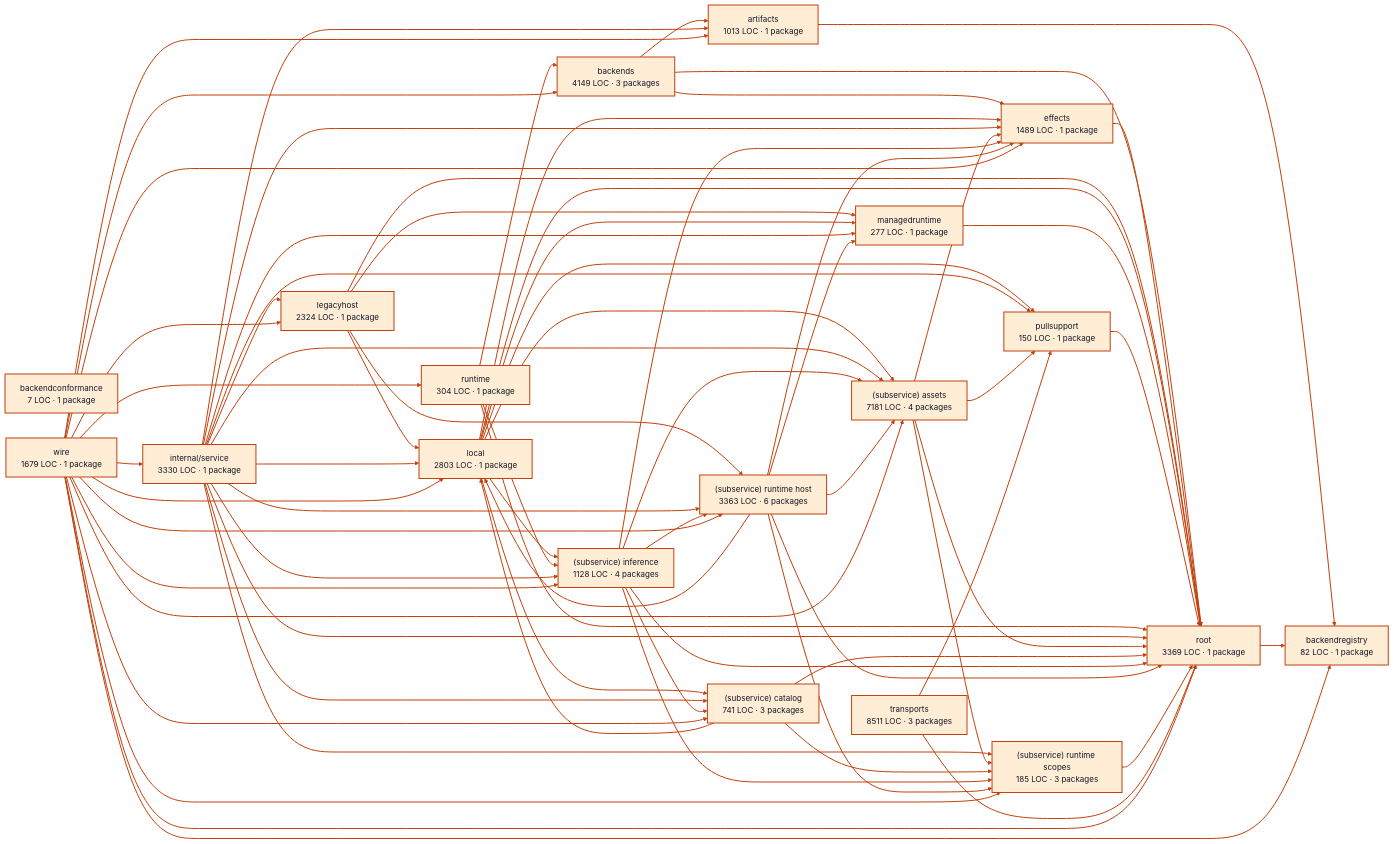
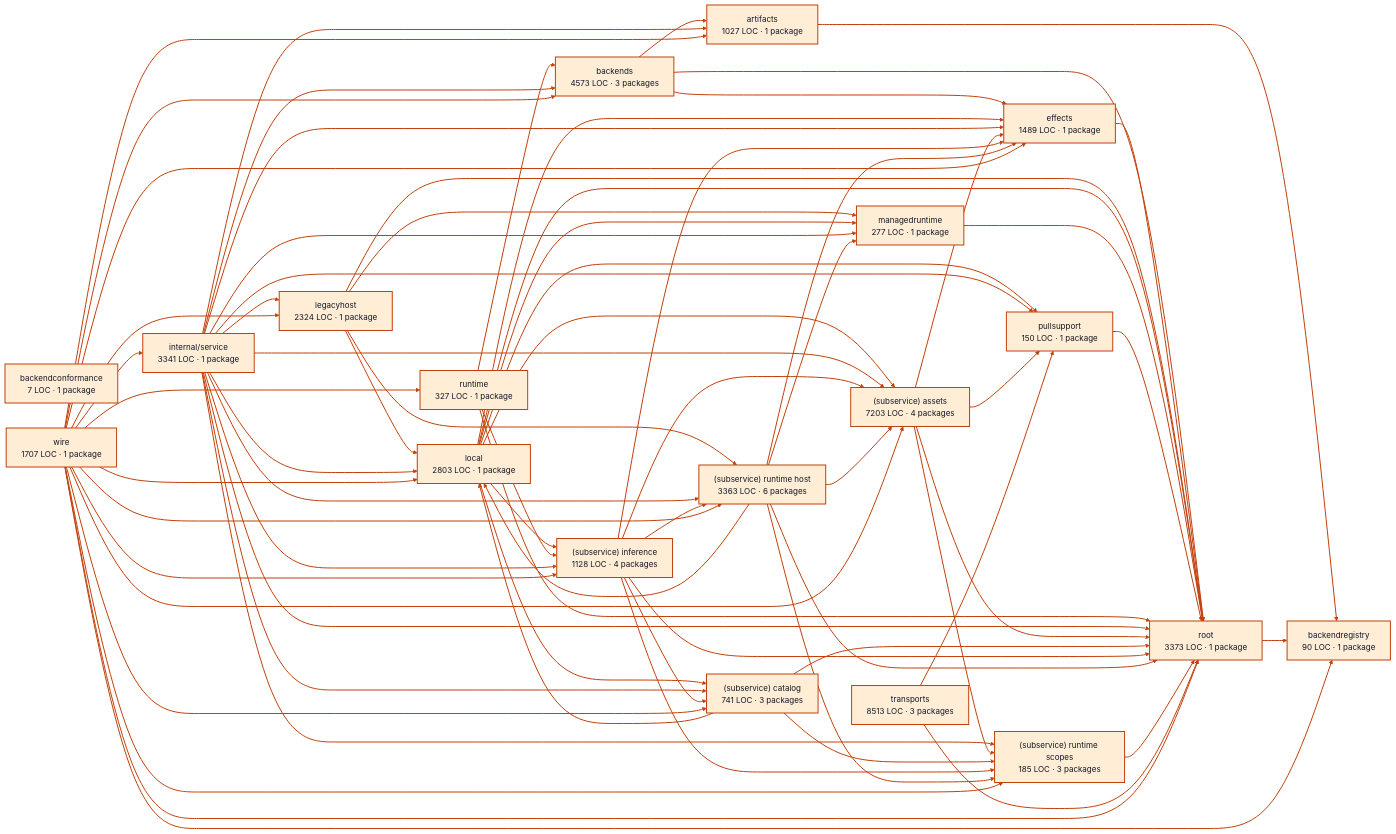
The diagram in docs/architecture/visualizations/services/models.md (portpowered/you-agent-factory), drawn with Mermaid before and after one commit. The commit also changed other lines of this file and 20 other files, not shown here.

Commit message:
docs: refresh backend architecture visualizations

````diff
--- a/docs/architecture/visualizations/services/models.md
+++ b/docs/architecture/visualizations/services/models.md
@@ -11,24 +11,24 @@
 ```mermaid
 flowchart LR
-  p0["artifacts<br/>1013 LOC · 1 package"]
+  p0["artifacts<br/>1027 LOC · 1 package"]
   p1["backendconformance<br/>7 LOC · 1 package"]
-  p2["backendregistry<br/>82 LOC · 1 package"]
-  p3["backends<br/>4149 LOC · 3 packages"]
+  p2["backendregistry<br/>90 LOC · 1 package"]
+  p3["backends<br/>4573 LOC · 3 packages"]
   p4["effects<br/>1489 LOC · 1 package"]
   p5["legacyhost<br/>2324 LOC · 1 package"]
   p6["local<br/>2803 LOC · 1 package"]
   p7["managedruntime<br/>277 LOC · 1 package"]
   p8["pullsupport<br/>150 LOC · 1 package"]
-  p9["runtime<br/>304 LOC · 1 package"]
-  p10["internal/service<br/>3330 LOC · 1 package"]
-  p11["(subservice) assets<br/>7181 LOC · 4 packages"]
+  p9["runtime<br/>327 LOC · 1 package"]
+  p10["internal/service<br/>3341 LOC · 1 package"]
+  p11["(subservice) assets<br/>7203 LOC · 4 packages"]
   p12["(subservice) catalog<br/>741 LOC · 3 packages"]
   p13["(subservice) inference<br/>1128 LOC · 4 packages"]
   p14["(subservice) runtime host<br/>3363 LOC · 6 packages"]
   p15["(subservice) runtime scopes<br/>185 LOC · 3 packages"]
-  p16["root<br/>3369 LOC · 1 package"]
-  p17["transports<br/>8511 LOC · 3 packages"]
-  p18["wire<br/>1679 LOC · 1 package"]
+  p16["root<br/>3373 LOC · 1 package"]
+  p17["transports<br/>8513 LOC · 3 packages"]
+  p18["wire<br/>1707 LOC · 1 package"]
   p0 --> p2
   p3 --> p0
   p3 --> p4
@@ -51,6 +51,7 @@
   p9 --> p13
   p9 --> p16
   p10 --> p0
+  p10 --> p3
   p10 --> p4
   p10 --> p5
   p10 --> p6
````
